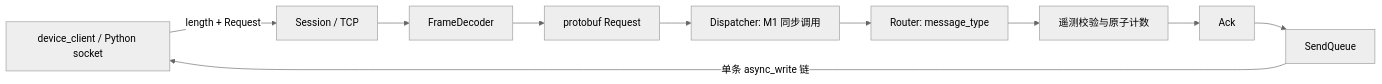
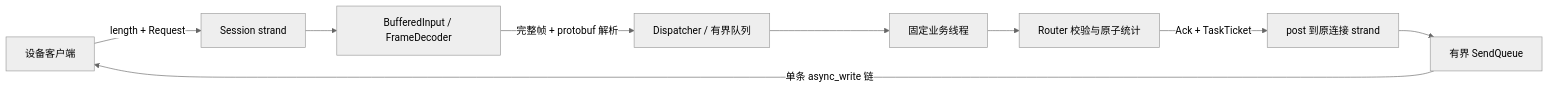
The diagram in docs/architecture.md (JackieesLiao/realtime-gateway), drawn with Mermaid (neutral theme) before and after one commit. The commit also changed other lines of this file and 24 other files, not shown here.

````diff
--- a/docs/architecture.md
+++ b/docs/architecture.md
@@ -7,12 +7,11 @@
 ```mermaid
 flowchart LR
-    D[device_client / Python socket] -->|length + Request| S[Session / TCP]
-    S --> F[FrameDecoder]
-    F --> P[protobuf Request]
-    P --> X[Dispatcher: M1 同步调用]
-    X --> R[Router: message_type]
-    R --> B[遥测校验与原子计数]
-    B --> A[Ack]
-    A --> Q[SendQueue]
-    Q -->|单条 async_write 链| D
+    C[设备客户端] -->|length + Request| S[Session strand]
+    S --> I[BufferedInput / FrameDecoder]
+    I -->|完整帧 + protobuf 解析| Q[Dispatcher / 有界队列]
+    Q --> W[固定业务线程]
+    W --> R[Router 校验与原子统计]
+    R -->|Ack + TaskTicket| P[post 到原连接 strand]
+    P --> A[有界 SendQueue]
+    A -->|单条 async_write 链| C
 ```
````
